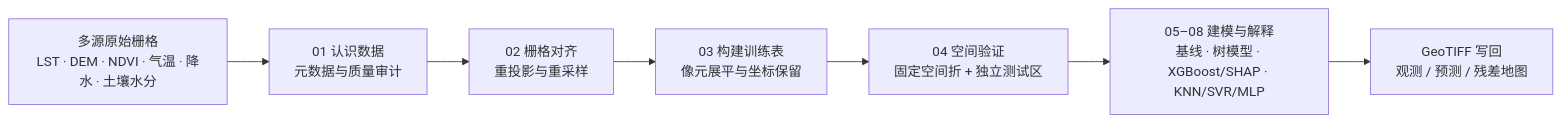
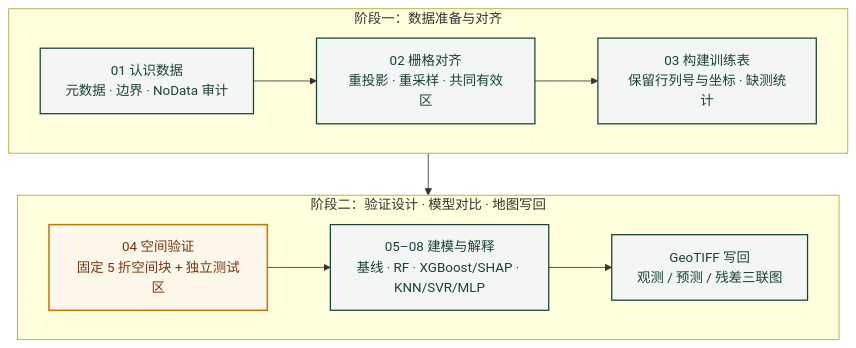
One commit to limi124/Geo-ML changed the diagram in README.md. Above: the diagram before and after it, drawn with Mermaid.

Commit message:
Redesign workflow Mermaid diagram into compact two-row layout

````diff
--- a/README.md
+++ b/README.md
@@ -35,9 +35,17 @@
 ```mermaid
-flowchart LR
-    A["多源原始栅格<br/>LST · DEM · NDVI · 气温 · 降水 · 土壤水分"] --> B["01 认识数据<br/>元数据与质量审计"]
-    B --> C["02 栅格对齐<br/>重投影与重采样"]
-    C --> D["03 构建训练表<br/>像元展平与坐标保留"]
-    D --> E["04 空间验证<br/>固定空间折 + 独立测试区"]
-    E --> F["05–08 建模与解释<br/>基线 · 树模型 · XGBoost/SHAP · KNN/SVR/MLP"]
-    F --> G["GeoTIFF 写回<br/>观测 / 预测 / 残差地图"]
+flowchart TD
+    classDef stage fill:#F3F6F4,stroke:#1B4332,stroke-width:1.5px,color:#1B4332
+    classDef highlight fill:#FEF7EC,stroke:#C27803,stroke-width:1.8px,color:#78350F
+
+    subgraph S1["阶段一：数据准备与对齐"]
+        direction LR
+        A["01 认识数据<br/>元数据 · 边界 · NoData 审计"]:::stage --> B["02 栅格对齐<br/>重投影 · 重采样 · 共同有效区"]:::stage --> C["03 构建训练表<br/>保留行列号与坐标 · 缺测统计"]:::stage
+    end
+
+    subgraph S2["阶段二：验证设计 · 模型对比 · 地图写回"]
+        direction LR
+        D["04 空间验证<br/>固定 5 折空间块 + 独立测试区"]:::highlight --> E["05–08 建模与解释<br/>基线 · RF · XGBoost/SHAP · KNN/SVR/MLP"]:::stage --> F["GeoTIFF 写回<br/>观测 / 预测 / 残差三联图"]:::stage
+    end
+
+    S1 --> S2
 ```
````
